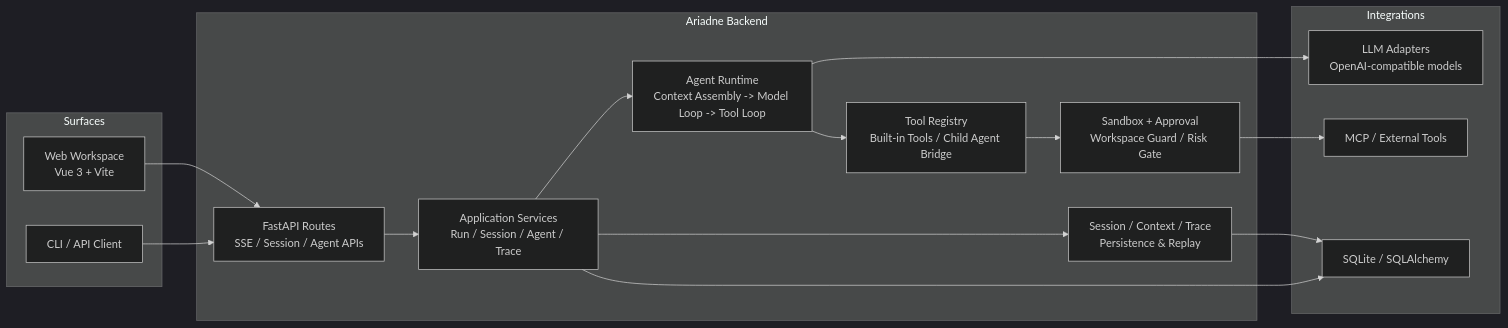
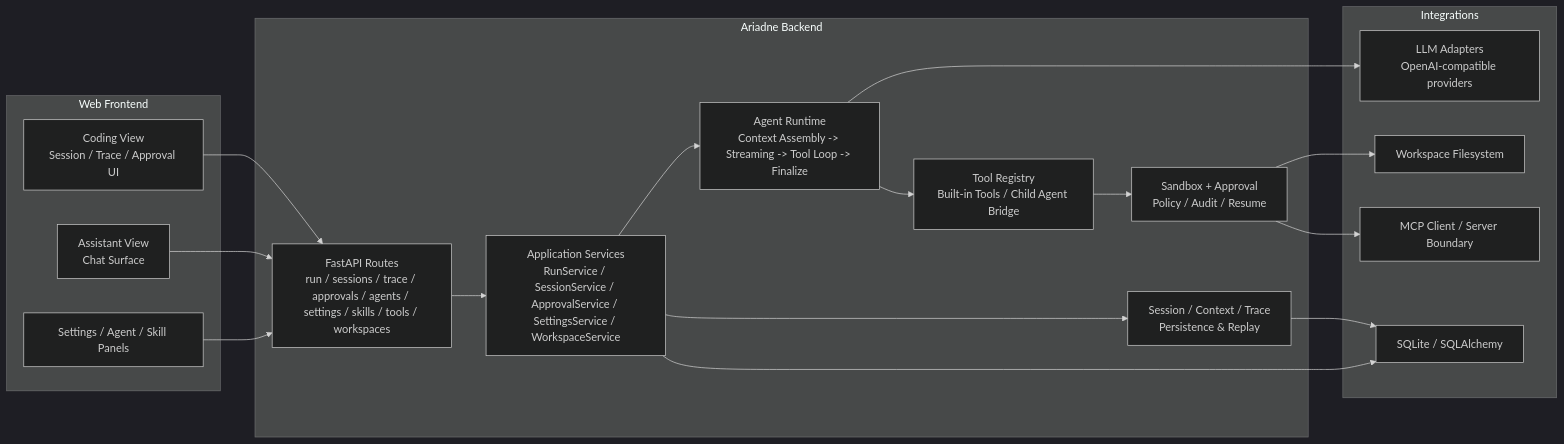
Before and after one commit to WanGXUUvU/ariadne: the diagram in README.md, drawn with Mermaid (dark theme). The commit also changed other lines of this file, not shown here.

Commit message:
docs: align README architecture with current web runtime

````diff
--- a/README.md
+++ b/README.md
@@ -21,34 +21,38 @@
 ```mermaid
 flowchart LR
-    subgraph Surfaces["Surfaces"]
-        Web["Web Workspace<br/>Vue 3 + Vite"]
-        APIClient["CLI / API Client"]
+    subgraph Frontend["Web Frontend"]
+        Coding["Coding View<br/>Session / Trace / Approval UI"]
+        Assistant["Assistant View<br/>Chat Surface"]
+        Panels["Settings / Agent / Skill Panels"]
     end
 
     subgraph Backend["Ariadne Backend"]
-        Router["FastAPI Routes<br/>SSE / Session / Agent APIs"]
-        App["Application Services<br/>Run / Session / Agent / Trace"]
-        Runtime["Agent Runtime<br/>Context Assembly -> Model Loop -> Tool Loop"]
+        Router["FastAPI Routes<br/>run / sessions / trace / approvals / agents / settings / skills / tools / workspaces"]
+        Services["Application Services<br/>RunService / SessionService / ApprovalService / SettingsService / WorkspaceService"]
+        Runtime["Agent Runtime<br/>Context Assembly -> Streaming -> Tool Loop -> Finalize"]
         Tools["Tool Registry<br/>Built-in Tools / Child Agent Bridge"]
-        Guard["Sandbox + Approval<br/>Workspace Guard / Risk Gate"]
-        Memory["Session / Context / Trace<br/>Persistence & Replay"]
+        Security["Sandbox + Approval<br/>Policy / Audit / Resume"]
+        Persistence["Session / Context / Trace<br/>Persistence & Replay"]
     end
 
     subgraph Integrations["Integrations"]
-        Model["LLM Adapters<br/>OpenAI-compatible models"]
-        MCP["MCP / External Tools"]
+        Model["LLM Adapters<br/>OpenAI-compatible providers"]
+        Workspace["Workspace Filesystem"]
         DB["SQLite / SQLAlchemy"]
+        MCP["MCP Client / Server Boundary"]
     end
 
-    Web --> Router
-    APIClient --> Router
-    Router --> App
-    App --> Runtime
+    Coding --> Router
+    Assistant --> Router
+    Panels --> Router
+    Router --> Services
+    Services --> Runtime
     Runtime --> Model
     Runtime --> Tools
-    Tools --> Guard
-    Guard --> MCP
-    App --> Memory
-    Memory --> DB
-    App --> DB
+    Tools --> Security
+    Security --> Workspace
+    Security --> MCP
+    Services --> Persistence
+    Persistence --> DB
+    Services --> DB
 ```
````
